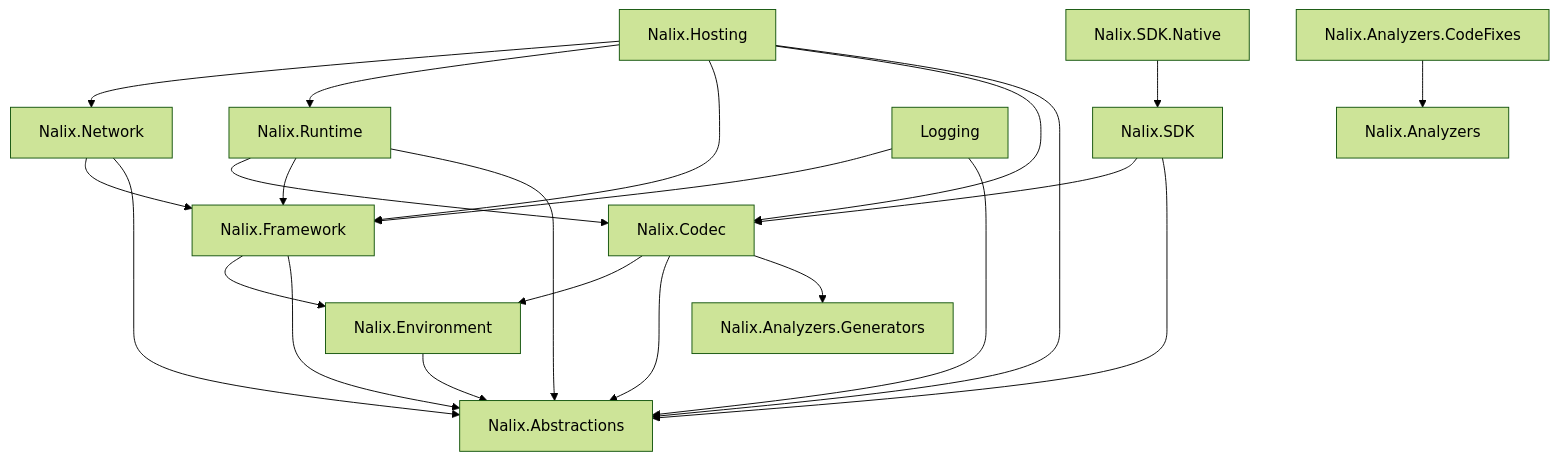
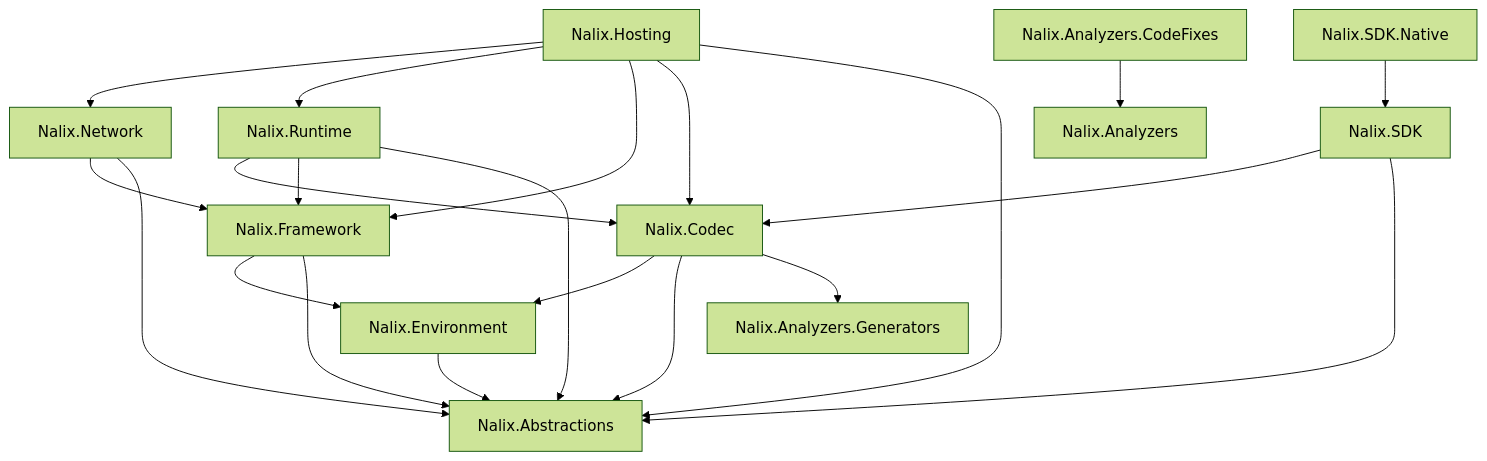
One commit to ppn-systems/Nalix changed the diagram in docs/packages/index.md. Above: the diagram before and after it, drawn with Mermaid (forest theme). The commit also changed other lines of this file and 63 other files, not shown here.

````diff
--- a/docs/packages/index.md
+++ b/docs/packages/index.md
@@ -25,33 +24,30 @@
 ```mermaid
 flowchart TD
     Hosting["Nalix.Hosting"] --> Network["Nalix.Network"]
     Hosting --> Runtime["Nalix.Runtime"]
     Hosting --> Framework["Nalix.Framework"]
     Hosting --> Codec["Nalix.Codec"]
     Hosting --> Abstractions["Nalix.Abstractions"]
 
     Network --> Framework
     Network --> Abstractions
 
     Runtime --> Codec
     Runtime --> Framework
     Runtime --> Abstractions
 
     SDK_Native["Nalix.SDK.Native"] --> SDK["Nalix.SDK"]
     SDK --> Codec
     SDK --> Abstractions
 
     Framework --> Environment["Nalix.Environment"]
     Framework --> Abstractions
 
     Codec --> Environment
     Codec --> Abstractions
     Codec --> AutoGenerated["Nalix.Analyzers.Generators"]
 
     Environment --> Abstractions
 
-    Logging --> Framework
-    Logging --> Abstractions
-
     Analyzers_Fix["Nalix.Analyzers.CodeFixes"] --> Analyzers["Nalix.Analyzers"]
 ```
````
